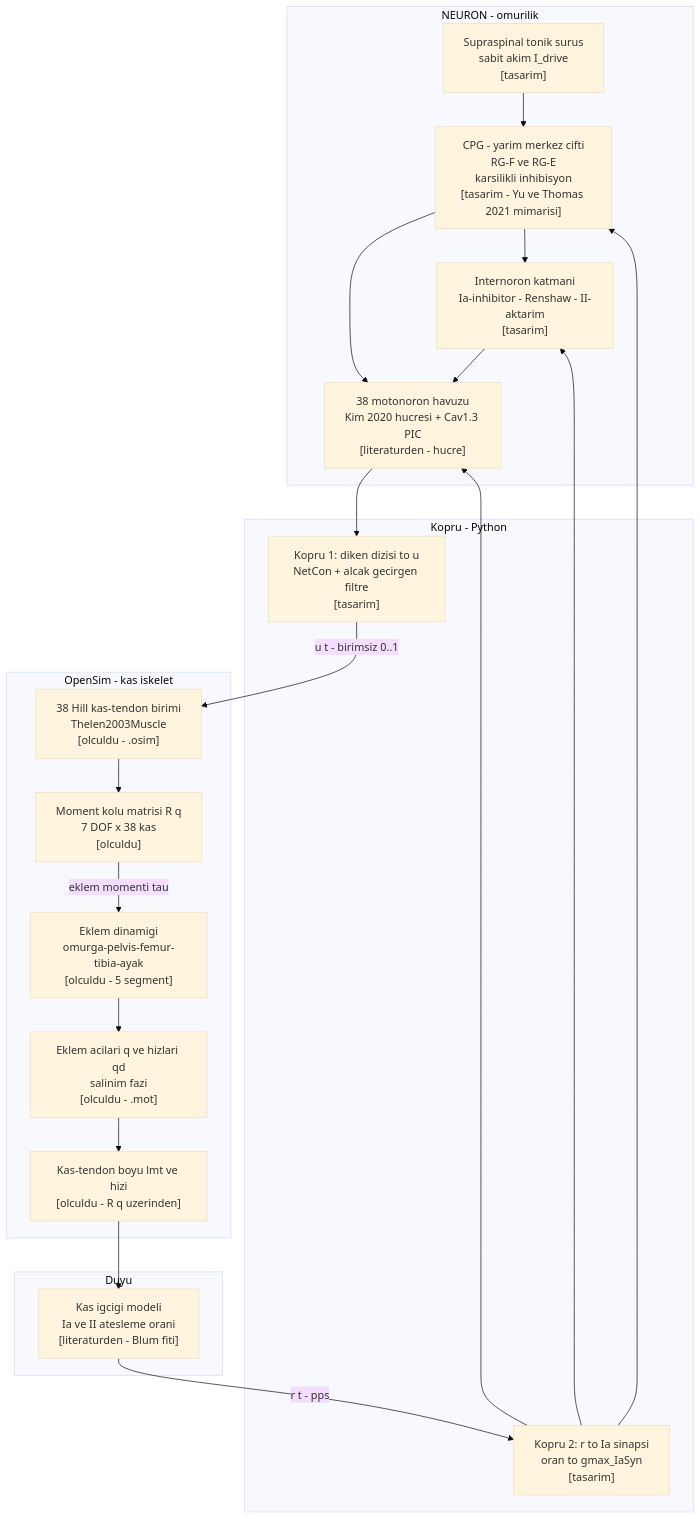
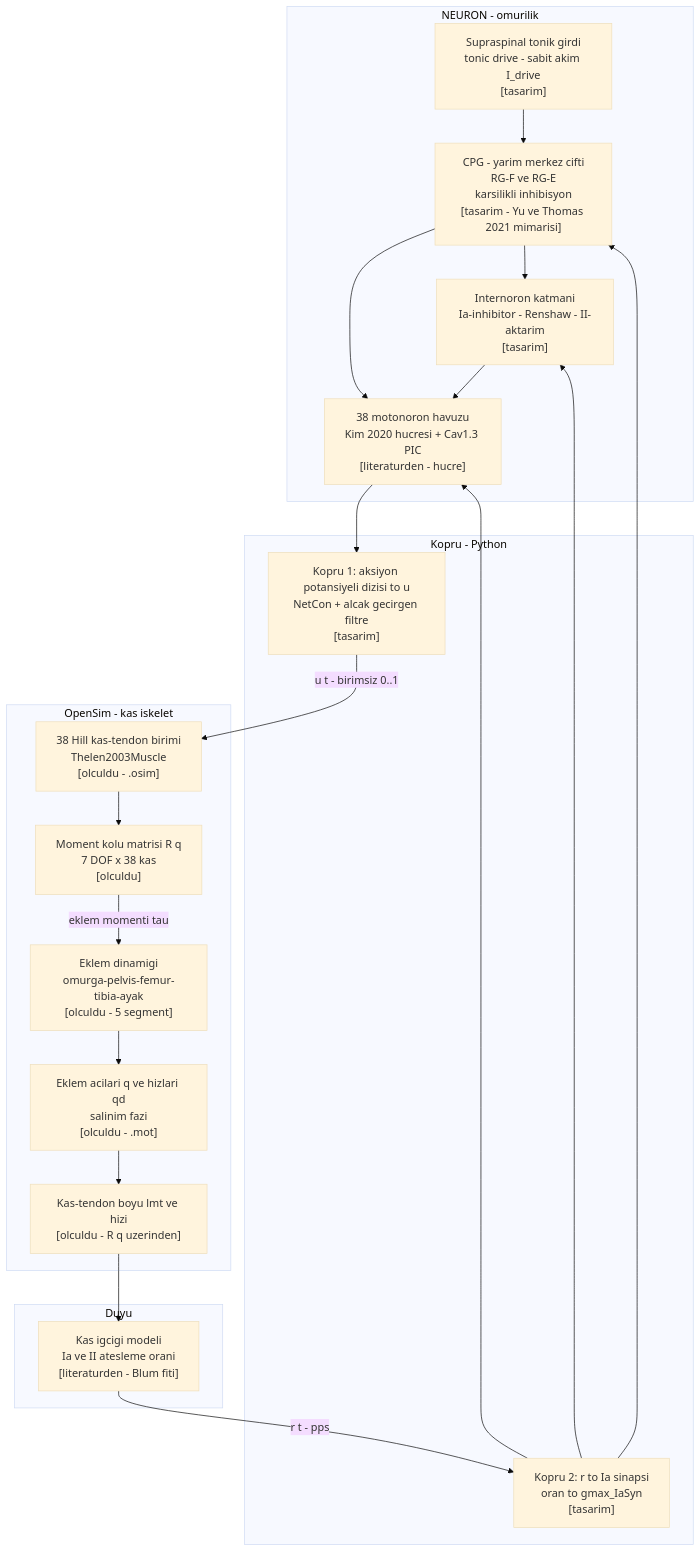
One commit to Microrobotik-Mechatronics-Laboratory/CP-USK2026-rat-hindlimb-movement-neuromechanics-opensim-neuron changed the diagram in literatur/diyagramlar/D1_sistem_kapali_dongu.md. Above: the diagram before and after it, drawn with Mermaid (base theme). The commit also changed other lines of this file and 12 other files, not shown here.

````diff
--- a/literatur/diyagramlar/D1_sistem_kapali_dongu.md
+++ b/literatur/diyagramlar/D1_sistem_kapali_dongu.md
@@ -6,52 +6,52 @@
 ```mermaid
 flowchart TD
-    DRV["Supraspinal tonik surus<br/>sabit akim I_drive<br/>[tasarim]"]
+    DRV["Supraspinal tonik girdi<br/>tonic drive - sabit akim I_drive<br/>[tasarim]"]
     CPG["CPG - yarim merkez cifti<br/>RG-F ve RG-E<br/>karsilikli inhibisyon<br/>[tasarim - Yu ve Thomas 2021 mimarisi]"]
     IN["Internoron katmani<br/>Ia-inhibitor - Renshaw - II-aktarim<br/>[tasarim]"]
     MN["38 motonoron havuzu<br/>Kim 2020 hucresi + Cav1.3 PIC<br/>[literaturden - hucre]"]
-    BR1["Kopru 1: diken dizisi to u<br/>NetCon + alcak gecirgen filtre<br/>[tasarim]"]
+    BR1["Kopru 1: aksiyon potansiyeli dizisi to u<br/>NetCon + alcak gecirgen filtre<br/>[tasarim]"]
     MUS["38 Hill kas-tendon birimi<br/>Thelen2003Muscle<br/>[olculdu - .osim]"]
     MOM["Moment kolu matrisi R q<br/>7 DOF x 38 kas<br/>[olculdu]"]
     DYN["Eklem dinamigi<br/>omurga-pelvis-femur-tibia-ayak<br/>[olculdu - 5 segment]"]
     KIN["Eklem acilari q ve hizlari qd<br/>salinim fazi<br/>[olculdu - .mot]"]
     MTU["Kas-tendon boyu lmt ve hizi<br/>[olculdu - R q uzerinden]"]
     SPI["Kas igcigi modeli<br/>Ia ve II atesleme orani<br/>[literaturden - Blum fiti]"]
     BR2["Kopru 2: r to Ia sinapsi<br/>oran to gmax_IaSyn<br/>[tasarim]"]
 
     DRV --> CPG
     CPG --> IN
     CPG --> MN
     IN --> MN
     MN --> BR1
     BR1 -->|"u t - birimsiz 0..1"| MUS
     MUS --> MOM
     MOM -->|"eklem momenti tau"| DYN
     DYN --> KIN
     KIN --> MTU
     MTU --> SPI
     SPI -->|"r t - pps"| BR2
     BR2 --> MN
     BR2 --> IN
     BR2 --> CPG
 
     subgraph YAZILIM_A["NEURON - omurilik"]
         DRV
         CPG
         IN
         MN
     end
     subgraph KOPRU["Kopru - Python"]
         BR1
         BR2
     end
     subgraph YAZILIM_B["OpenSim - kas iskelet"]
         MUS
         MOM
         DYN
         KIN
         MTU
     end
     subgraph DUYU["Duyu"]
         SPI
     end
 ```
````
